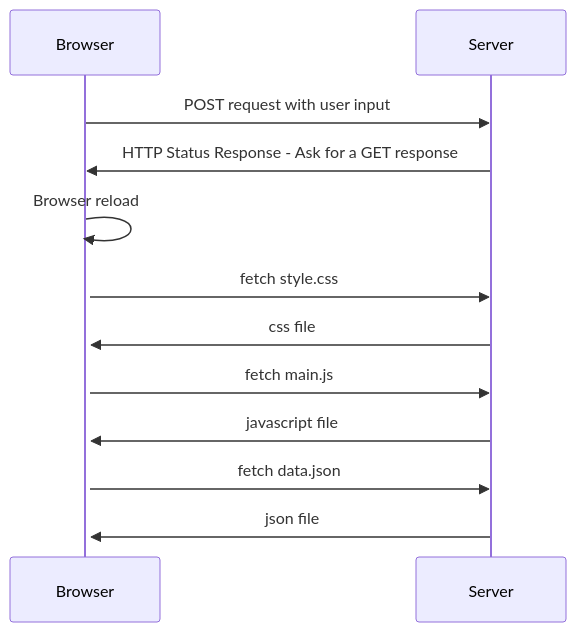
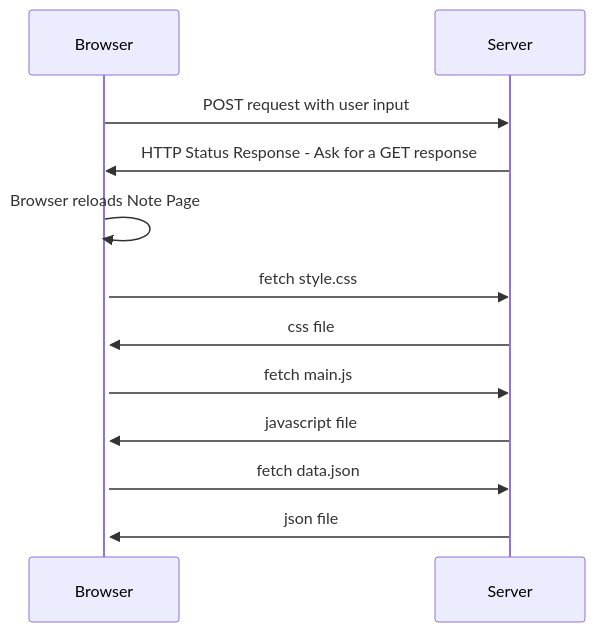
Before and after one commit to Jas-V13/fullstackopen-exercises: the diagram in Part0/0.4.md, drawn with Mermaid.

````diff
--- a/Part0/0.4.md
+++ b/Part0/0.4.md
@@ -1,12 +1,12 @@
 ```mermaid
 sequenceDiagram
     Browser->>Server: POST request with user input;
     Server->>Browser: HTTP Status Response - Ask for a GET response;
-    Browser->>+Browser: Browser reload;
+    Browser->>+Browser: Browser reloads Note Page;
     Browser->>Server: fetch style.css;
     Server->>Browser: css file;
     Browser->>Server: fetch main.js;
     Server->>Browser: javascript file;
     Browser->>Server: fetch data.json;
     Server->>Browser: json file;
 ```
````
